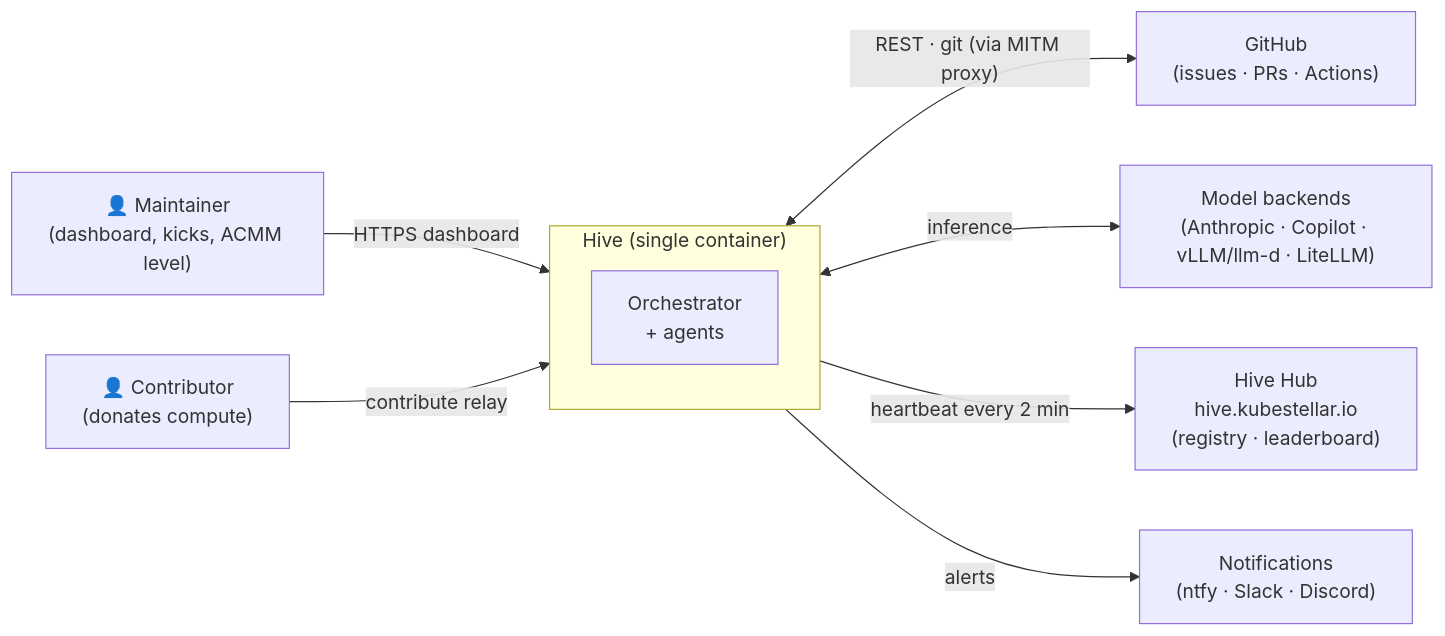
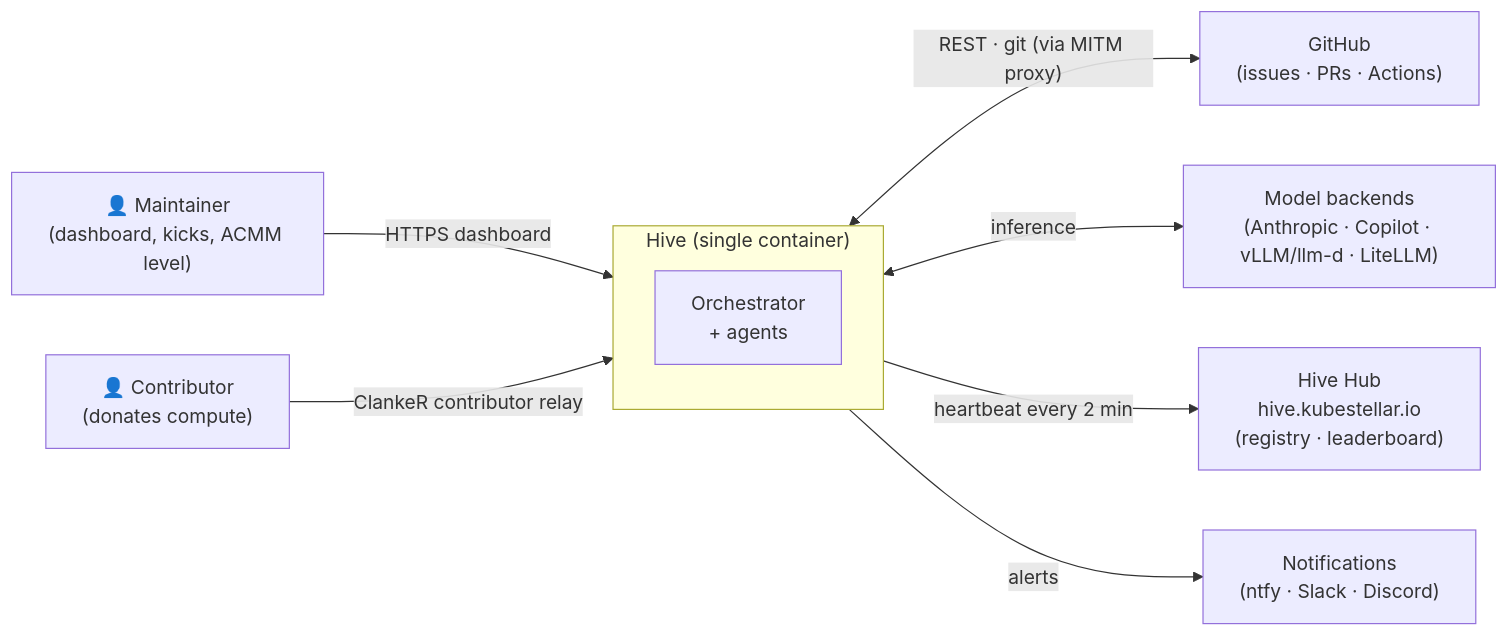
One commit to Danathar/hive changed the first of 10 diagrams in v2/docs/architecture.md. Above: the diagram before and after it, drawn with Mermaid. The commit also changed other lines of this file and 13 other files, not shown here.

First line of the commit message:
docs(contribute): name the contributor relay ClankeR (#2268)

````diff
--- a/v2/docs/architecture.md
+++ b/v2/docs/architecture.md
@@ -24,21 +24,21 @@
 ```mermaid
 flowchart LR
     maintainer["👤 Maintainer<br/>(dashboard, kicks, ACMM level)"]
     contributor["👤 Contributor<br/>(donates compute)"]
 
     subgraph hive["Hive (single container)"]
         core["Orchestrator<br/>+ agents"]
     end
 
     github["GitHub<br/>(issues · PRs · Actions)"]
     models["Model backends<br/>(Anthropic · Copilot · vLLM/llm-d · LiteLLM)"]
     hub["Hive Hub<br/>hive.kubestellar.io<br/>(registry · leaderboard)"]
     notify["Notifications<br/>(ntfy · Slack · Discord)"]
 
     maintainer -->|HTTPS dashboard| hive
-    contributor -->|contribute relay| hive
+    contributor -->|ClankeR contributor relay| hive
     hive <-->|"REST · git (via MITM proxy)"| github
     hive <-->|inference| models
     hive -->|"heartbeat every 2 min"| hub
     hive -->|alerts| notify
 ```
````
